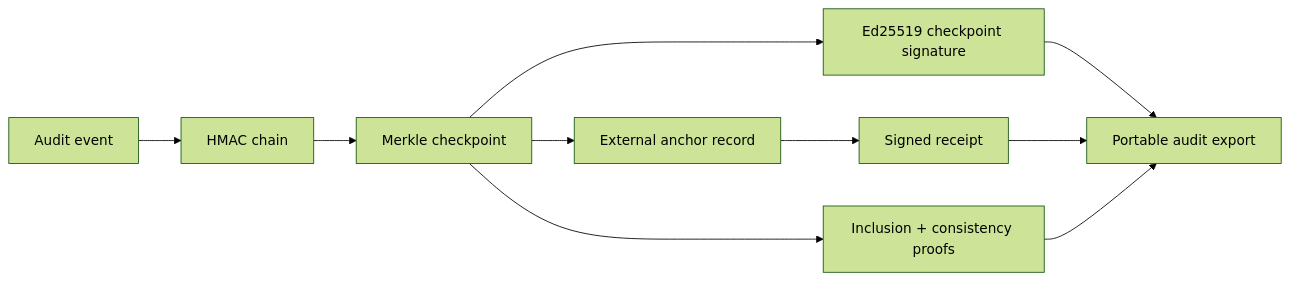
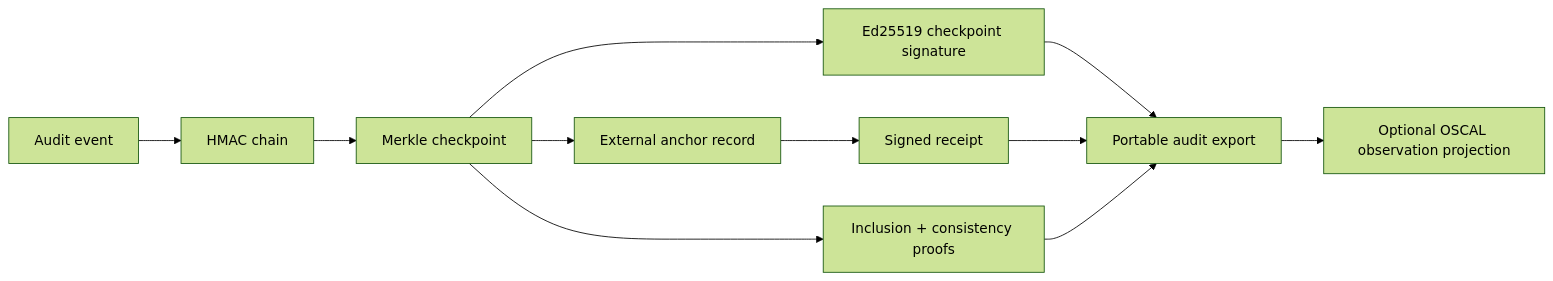
One commit to futhr/sigil_guard changed the fifth of 5 diagrams in docs/README.md. Above: the diagram before and after it, drawn with Mermaid (forest theme). The commit also changed other lines of this file and 11 other files, not shown here.

Commit message:
feat(assessment): add OSCAL evidence projection

````diff
--- a/docs/README.md
+++ b/docs/README.md
@@ -179,12 +180,13 @@
 ```mermaid
 flowchart LR
     Event[Audit event] --> HMAC[HMAC chain]
     HMAC --> Checkpoint[Merkle checkpoint]
     Checkpoint --> Proofs[Inclusion + consistency proofs]
     Checkpoint --> Signature[Ed25519 checkpoint signature]
     Checkpoint --> Anchor[External anchor record]
     Anchor --> Receipt[Signed receipt]
     Signature --> Export[Portable audit export]
     Receipt --> Export
     Proofs --> Export
+    Export --> Assessment[Optional OSCAL observation projection]
 ```
````
